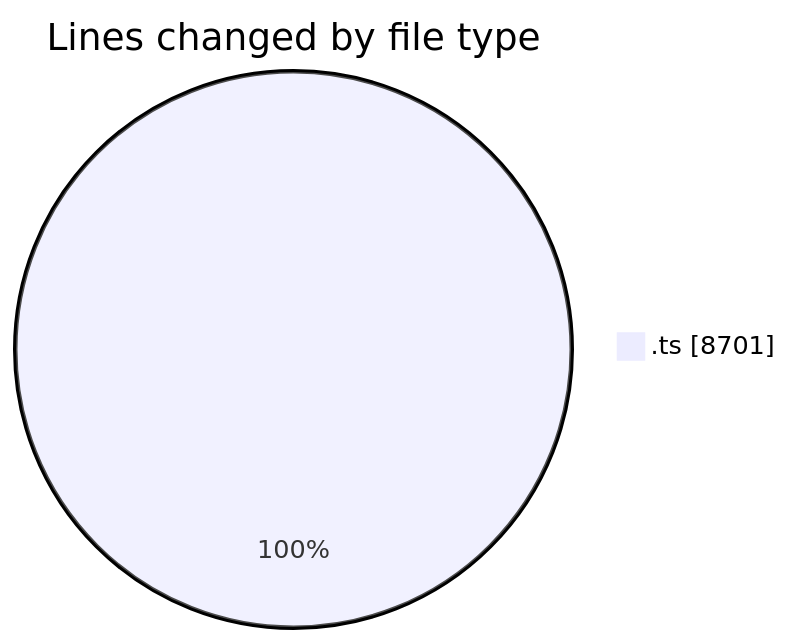
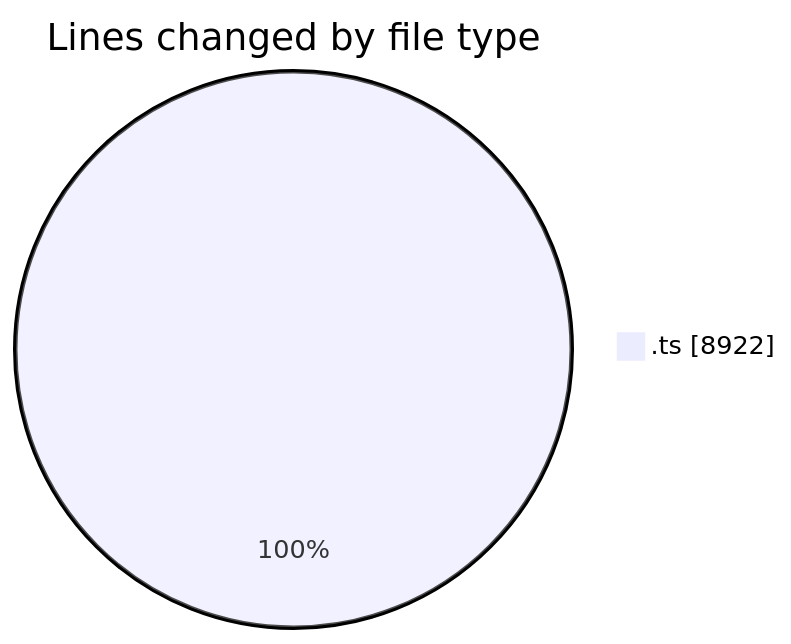
Before and after one commit to momahboobian/code-tracking: the first of 2 diagrams in 2025-10-23/cda/README.md, drawn with Mermaid. The commit also changed other lines of this file and 1 other file, not shown here.

````diff
--- a/2025-10-23/cda/README.md
+++ b/2025-10-23/cda/README.md
@@ -26,5 +26,5 @@
 ```mermaid
 pie showData
 title Lines changed by file type
-".ts" : 8701
+".ts" : 8922
 ```
````
